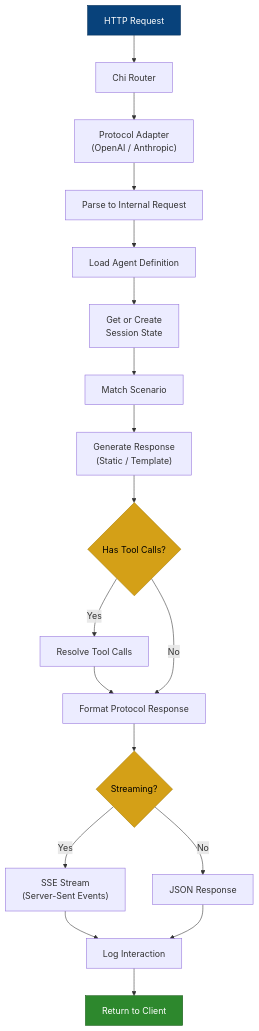
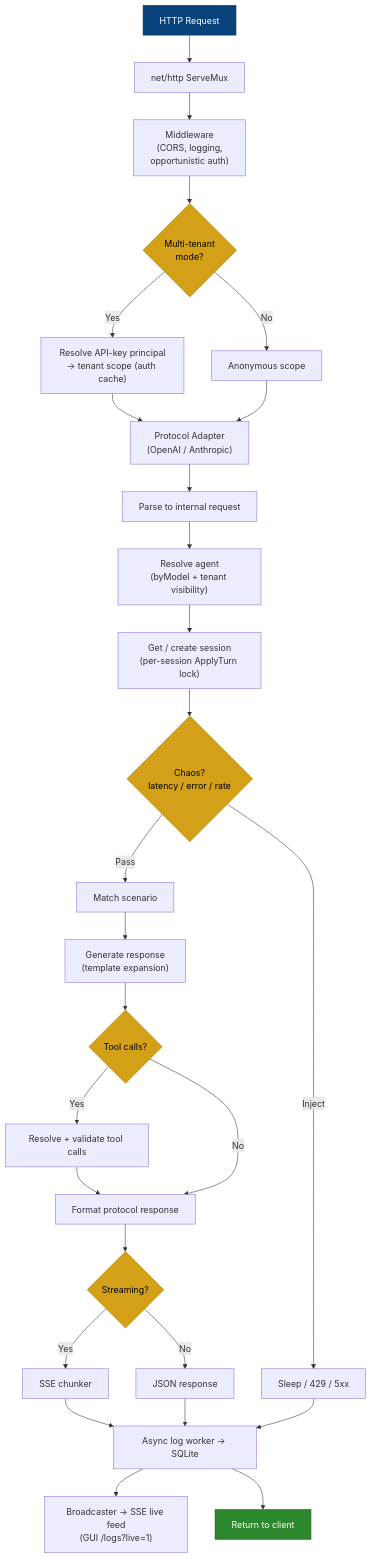
Before and after one commit to mockagents/mockagents: the fourth of 11 diagrams in docs/architecture-diagrams.md, drawn with Mermaid. The commit also changed other lines of this file and 5 other files, not shown here.

First line of the commit message:
docs: refresh changelog, architecture diagrams, and README for v0.2/v0.3

````diff
--- a/docs/architecture-diagrams.md
+++ b/docs/architecture-diagrams.md
@@ -131,25 +197,36 @@
 ```mermaid
 flowchart TD
-    A["HTTP Request"] --> B["Chi Router"]
-    B --> C["Protocol Adapter\n(OpenAI / Anthropic)"]
-    C --> D["Parse to Internal Request"]
-    D --> E["Load Agent Definition"]
-    E --> F["Get or Create\nSession State"]
-    F --> G["Match Scenario"]
-    G --> H["Generate Response\n(Static / Template)"]
-    H --> I{"Has Tool Calls?"}
-    I -->|Yes| J["Resolve Tool Calls"]
-    J --> K["Format Protocol Response"]
-    I -->|No| K
-    K --> L{"Streaming?"}
-    L -->|Yes| M["SSE Stream\n(Server-Sent Events)"]
-    L -->|No| N["JSON Response"]
-    M --> O["Log Interaction"]
-    N --> O
-    O --> P["Return to Client"]
+    A["HTTP Request"] --> B["net/http ServeMux"]
+    B --> C["Middleware<br/>(CORS, logging,<br/>opportunistic auth)"]
+    C --> D{"Multi-tenant<br/>mode?"}
+    D -->|Yes| E["Resolve API-key principal<br/>→ tenant scope (auth cache)"]
+    D -->|No| F["Anonymous scope"]
+    E --> G["Protocol Adapter<br/>(OpenAI / Anthropic)"]
+    F --> G
+    G --> H["Parse to internal request"]
+    H --> I["Resolve agent<br/>(byModel + tenant visibility)"]
+    I --> J["Get / create session<br/>(per-session ApplyTurn lock)"]
+    J --> K{"Chaos?<br/>latency / error / rate"}
+    K -->|Inject| L["Sleep / 429 / 5xx"]
+    K -->|Pass| M["Match scenario"]
+    M --> N["Generate response<br/>(template expansion)"]
+    N --> O{"Tool calls?"}
+    O -->|Yes| P["Resolve + validate tool calls"]
+    P --> Q["Format protocol response"]
+    O -->|No| Q
+    Q --> R{"Streaming?"}
+    R -->|Yes| S["SSE chunker"]
+    R -->|No| T["JSON response"]
+    S --> U["Async log worker → SQLite"]
+    T --> U
+    L --> U
+    U --> V["Broadcaster → SSE live feed<br/>(GUI /logs?live=1)"]
+    U --> W["Return to client"]
 
     style A fill:#08427b,stroke:#052e56,color:#fff
-    style P fill:#2d882d,stroke:#1a5c1a,color:#fff
-    style I fill:#d4a017,stroke:#a67c00,color:#000
-    style L fill:#d4a017,stroke:#a67c00,color:#000
+    style W fill:#2d882d,stroke:#1a5c1a,color:#fff
+    style D fill:#d4a017,stroke:#a67c00,color:#000
+    style K fill:#d4a017,stroke:#a67c00,color:#000
+    style O fill:#d4a017,stroke:#a67c00,color:#000
+    style R fill:#d4a017,stroke:#a67c00,color:#000
 ```
````
